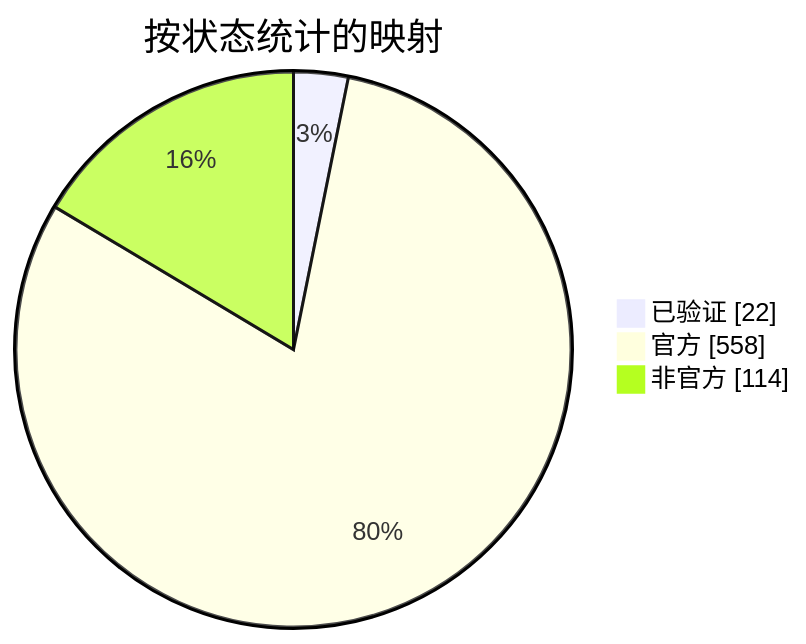
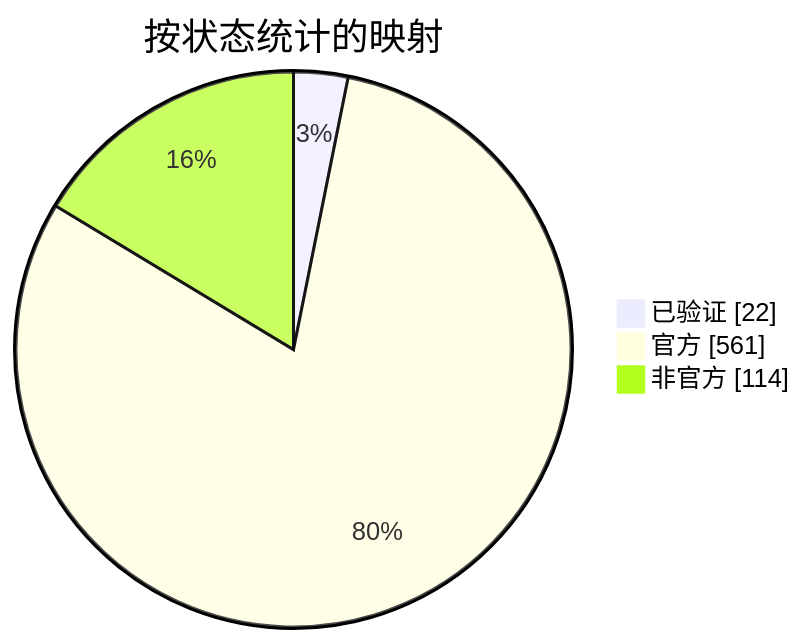
Before and after one commit to nobrega8/mbmap-library: the diagram in docs/readme/README_ZHS.md, drawn with Mermaid. The commit also changed 8 other files, not shown here.

````diff
--- a/docs/readme/README_ZHS.md
+++ b/docs/readme/README_ZHS.md
@@ -54,7 +54,7 @@
 ```mermaid
 pie showData
     title 按状态统计的映射
     "已验证" : 22
-    "官方" : 558
+    "官方" : 561
     "非官方" : 114
 ```
````
